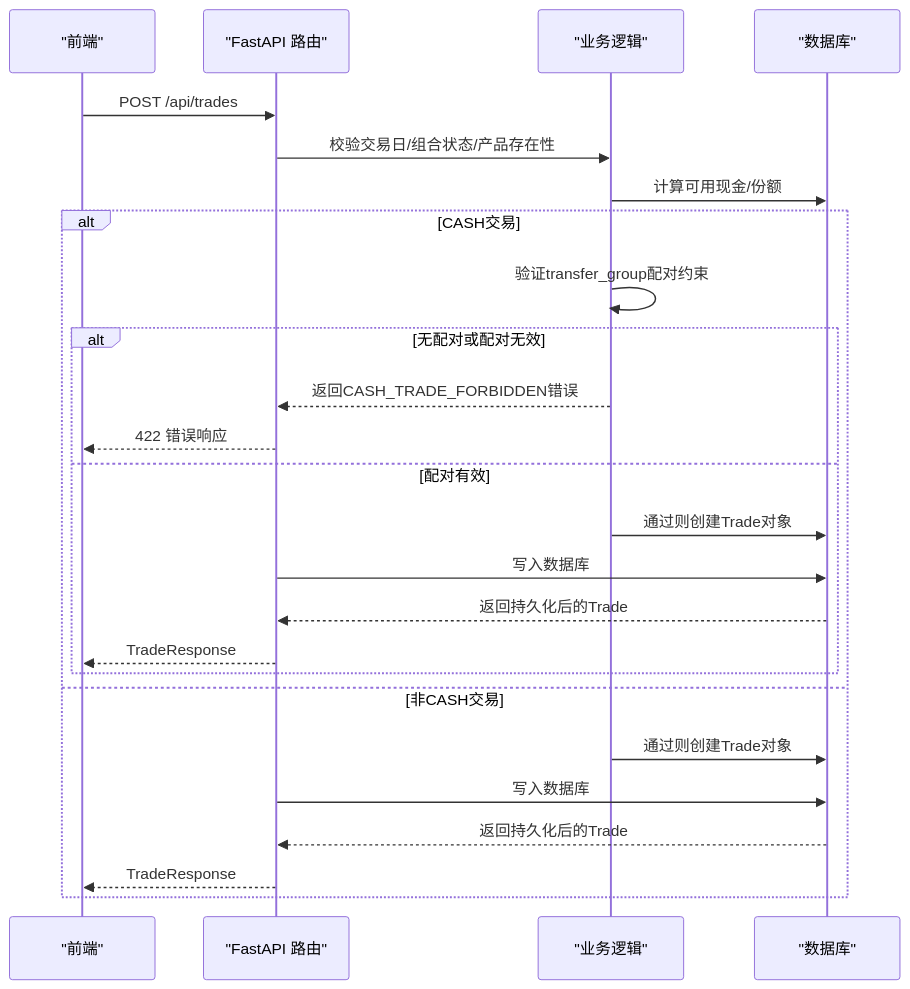
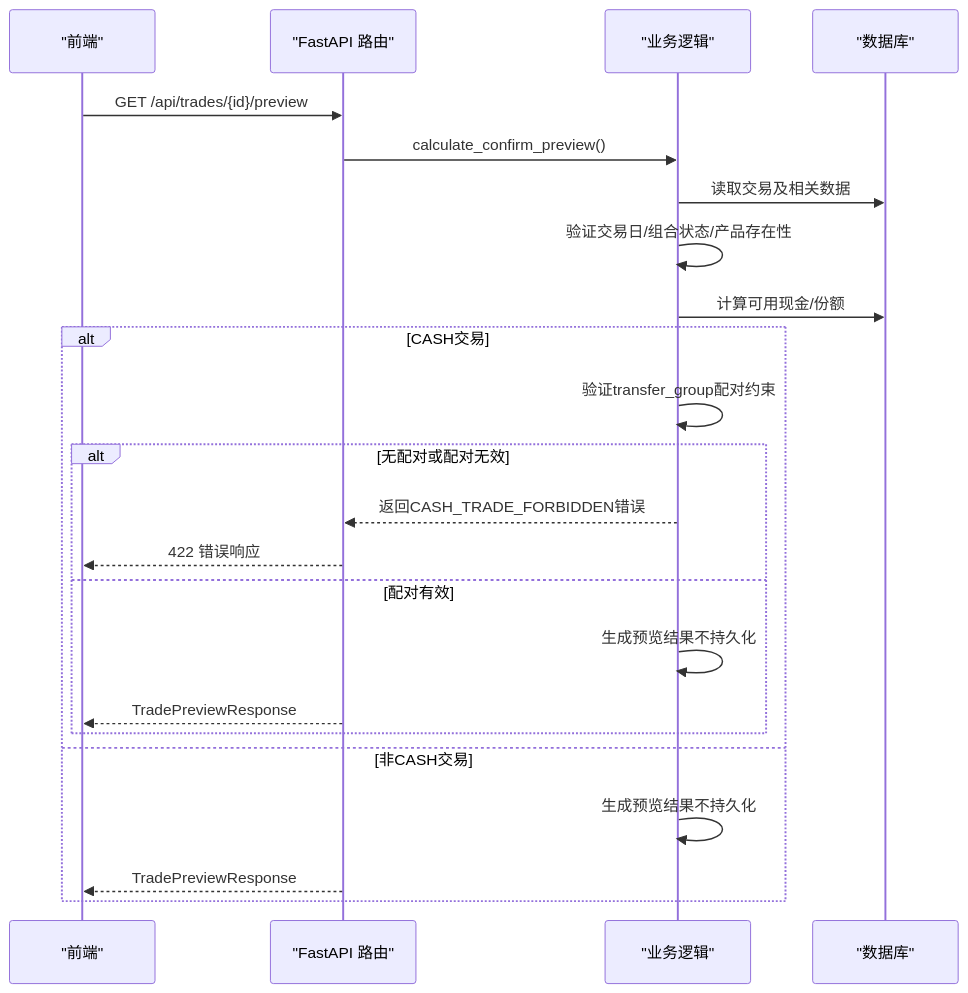
One commit to gujialind/InvestRing changed the second of 6 diagrams in .qoder/repowiki/zh/content/后端API文档/交易管理API.md. Above: the diagram before and after it, drawn with Mermaid. The commit also changed other lines of this file and 19 other files, not shown here.

````diff
--- a/.qoder/repowiki/zh/content/后端API文档/交易管理API.md
+++ b/.qoder/repowiki/zh/content/后端API文档/交易管理API.md
@@ -104,27 +110,25 @@
 ```mermaid
 sequenceDiagram
 participant FE as "前端"
 participant API as "FastAPI 路由"
 participant SVC as "业务逻辑"
 participant DB as "数据库"
-FE->>API : POST /api/trades
-API->>SVC : 校验交易日/组合状态/产品存在性
+FE->>API : GET /api/trades/{id}/preview
+API->>SVC : calculate_confirm_preview()
+SVC->>DB : 读取交易及相关数据
+SVC->>SVC : 验证交易日/组合状态/产品存在性
 SVC->>DB : 计算可用现金/份额
 alt CASH交易
 SVC->>SVC : 验证transfer_group配对约束
 alt 无配对或配对无效
 SVC-->>API : 返回CASH_TRADE_FORBIDDEN错误
 API-->>FE : 422 错误响应
 else 配对有效
-SVC->>DB : 通过则创建Trade对象
-API->>DB : 写入数据库
-DB-->>API : 返回持久化后的Trade
-API-->>FE : TradeResponse
+SVC->>SVC : 生成预览结果不持久化
+API-->>FE : TradePreviewResponse
 end
 else 非CASH交易
-SVC->>DB : 通过则创建Trade对象
-API->>DB : 写入数据库
-DB-->>API : 返回持久化后的Trade
-API-->>FE : TradeResponse
+SVC->>SVC : 生成预览结果不持久化
+API-->>FE : TradePreviewResponse
 end
 ```
````
